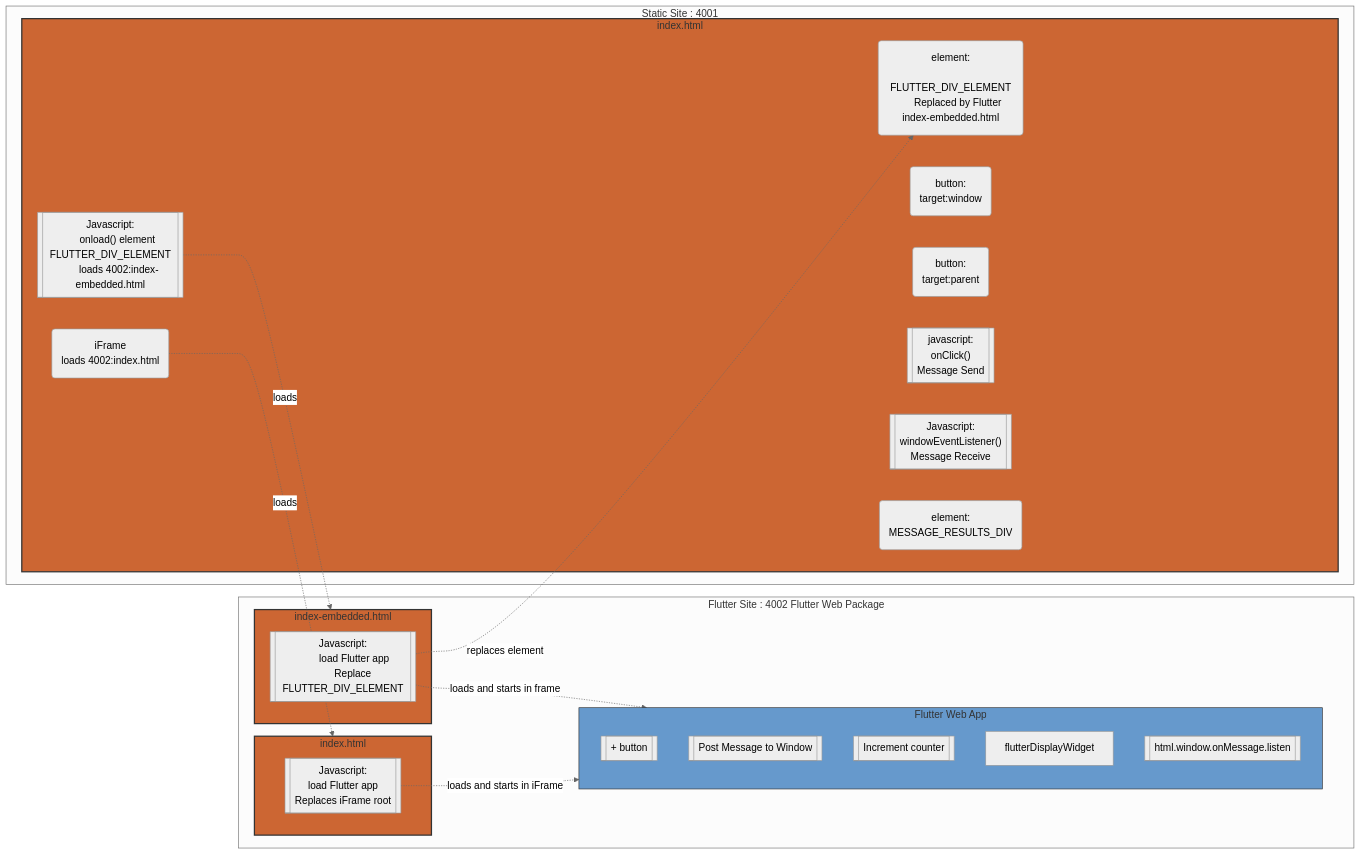
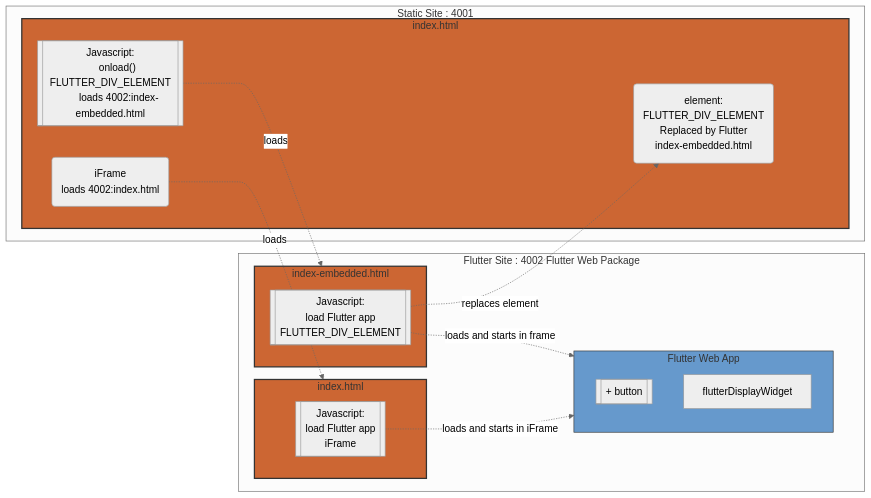
The second of 4 diagrams in README.md (freemansoft/flutter-embedded), drawn with Mermaid (neutral theme) before and after one commit. The commit also changed other lines of this file, not shown here.

````diff
--- a/README.md
+++ b/README.md
@@ -36,64 +36,49 @@
 ```mermaid
-graph LR;
+graph LR
   subgraph 4001[Static Site : 4001]
     subgraph staticIndex[index.html]
       iFrame("iFrame
       loads 4002:index.html")
 
       javascriptElementLoad[["Javascript:
-      onload() element FLUTTER_DIV_ELEMENT
+      onload() FLUTTER_DIV_ELEMENT
       loads 4002:index-embedded.html"]]
 
       htmlElementDiv("element:
       FLUTTER_DIV_ELEMENT
-      Replaced by Flutter index-embedded.html")
+      Replaced by Flutter
+      index-embedded.html")
 
-      javascriptButton1("button:
-      target:window")
-      javascriptButton2("button:
-      target:parent")
-      javascriptMessagePost[["javascript:
-      onClick()
-      Message Send"]]
-
-      javascriptWindowEventListener[["Javascript:
-      windowEventListener()
-      Message Receive"]]
-      htmlElementMessage("element:
-      MESSAGE_RESULTS_DIV")
     end
   end
 
   subgraph 4002[Flutter Site : 4002 Flutter Web Package]
       subgraph flutterIndex[index.html]
         flutterIndexLoad[["Javascript:
         load Flutter app
-        Replaces iFrame root"]]
+        iFrame"]]
       end
       subgraph flutterIndexEmbedded[index-embedded.html]
         flutterIndexLoadEmbedded[["Javascript:
         load Flutter app
-        Replace FLUTTER_DIV_ELEMENT"]]
+        FLUTTER_DIV_ELEMENT"]]
       end
       subgraph flutter[Flutter Web App]
         flutterButtonPlus[["+ button"]]
-        flutterPostMessage[["Post Message to Window"]]
-        flutterCounter[[Increment counter]]
         flutterDisplayWidget
-        flutterOnMessage[["html.window.onMessage.listen"]]
       end
   end
 
   javascriptElementLoad-.loads.->flutterIndexEmbedded
   iFrame-.loads.->flutterIndex
 
   flutterIndexLoadEmbedded-.loads and starts in frame.->flutter
   flutterIndexLoad-.loads and starts in iFrame.->flutter
   flutterIndexLoadEmbedded-.replaces element.->htmlElementDiv
 
   classDef orange fill:#c63,stroke:#333,stroke-width:2px;
   classDef blue fill:#69c,stroke:#333,strong-width:2px;
   class staticIndex,flutterIndex,flutterIndexEmbedded orange
   class flutter blue
 
 ```
````
